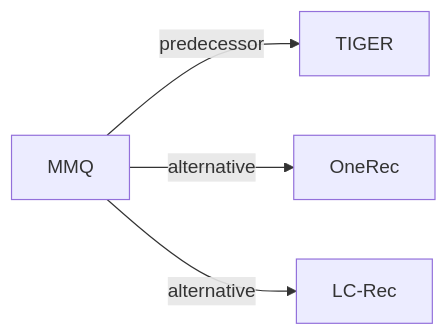
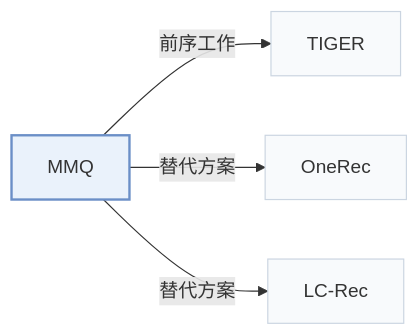
Before and after one commit to Galaxy-ghost/Awesome-SID-Generative-Rec: the second of 2 diagrams in pages/zh/papers/mmq.md, drawn with Mermaid. The commit also changed other lines of this file and 649 other files, not shown here.

Commit message:
writer-05: also tags and modality index (schema, check, build, visuals); summary field removed; calibration data for 12 papers

````diff
--- a/pages/zh/papers/mmq.md
+++ b/pages/zh/papers/mmq.md
@@ -68,7 +73,11 @@
 ```mermaid
 flowchart LR
     P["MMQ"]
-    P -->|predecessor| A["TIGER"]
-    P -->|alternative| B["OneRec"]
-    P -->|alternative| C["LC-Rec"]
+    P -->|"前序工作"| A["TIGER"]
+    P -->|"替代方案"| B["OneRec"]
+    P -->|"替代方案"| C["LC-Rec"]
+    classDef main fill:#eaf2fb,stroke:#6b8fc7,stroke-width:2px
+    classDef peer fill:#f8fafc,stroke:#cbd5e1
+    class P main
+    class A,B,C peer
 ```
````
